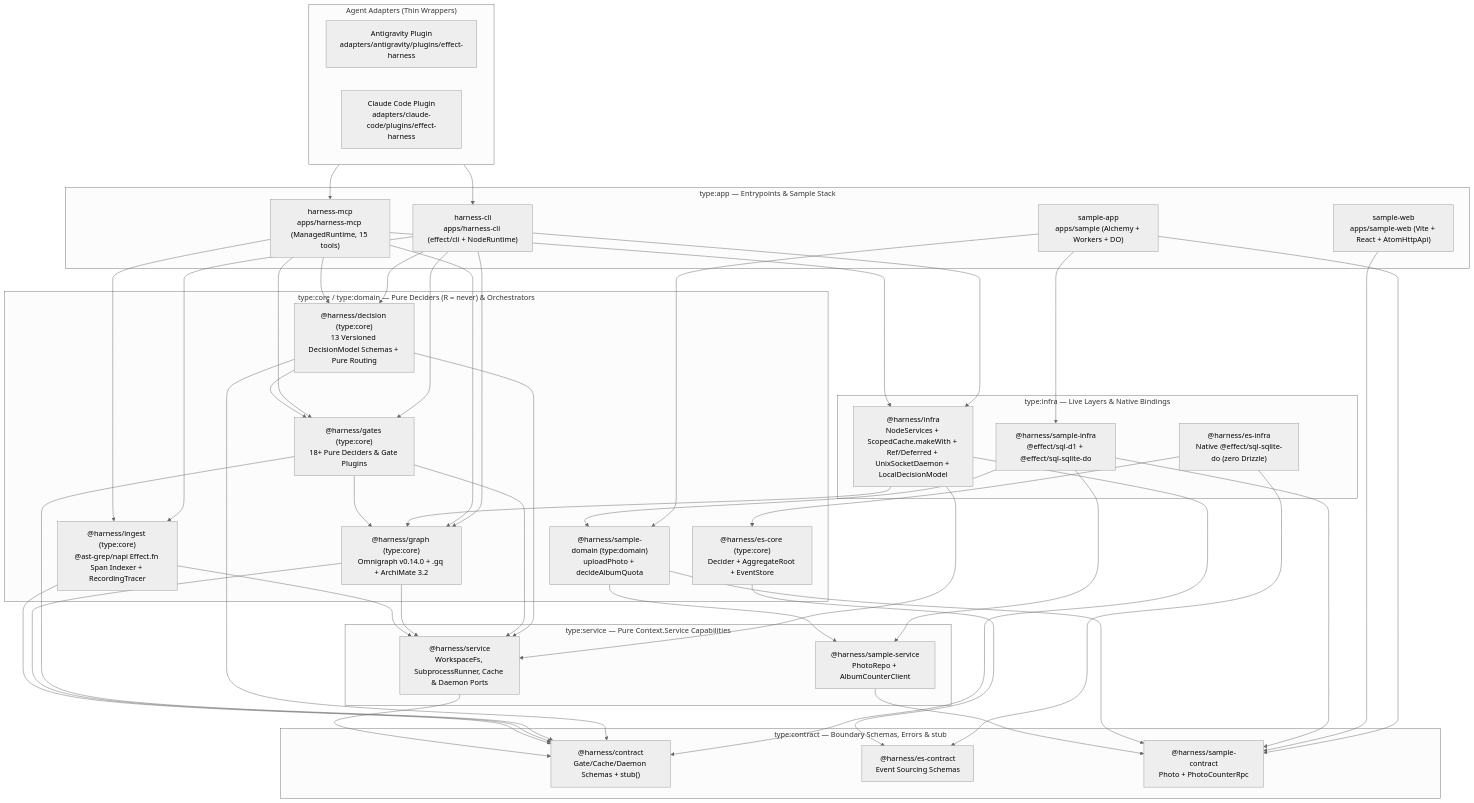
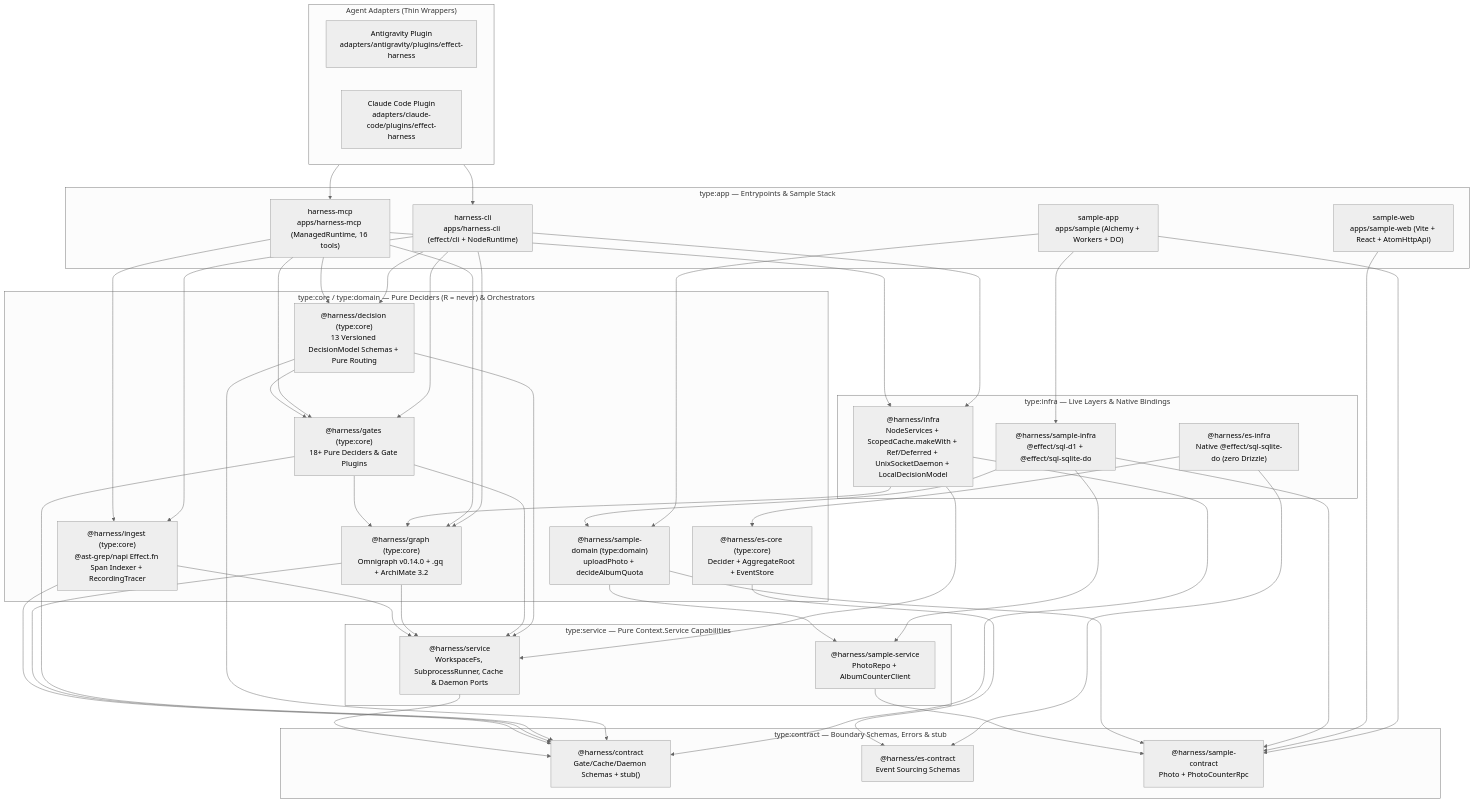
The first of 2 diagrams in README.md (selmeci/effect-ts-harness), drawn with Mermaid (neutral theme) before and after one commit. The commit also changed other lines of this file and 50 other files, not shown here.

````diff
--- a/README.md
+++ b/README.md
@@ -31,58 +31,58 @@
 ```mermaid
 flowchart TD
   subgraph Adapters["Agent Adapters (Thin Wrappers)"]
     AGY["Antigravity Plugin\nadapters/antigravity/plugins/effect-harness"]
     CC["Claude Code Plugin\nadapters/claude-code/plugins/effect-harness"]
   end
 
   subgraph Apps["type:app — Entrypoints & Sample Stack"]
     CLI["harness-cli\napps/harness-cli (effect/cli + NodeRuntime)"]
-    MCP["harness-mcp\napps/harness-mcp (ManagedRuntime, 15 tools)"]
+    MCP["harness-mcp\napps/harness-mcp (ManagedRuntime, 16 tools)"]
     SAMPLE["sample-app\napps/sample (Alchemy + Workers + DO)"]
     SAMPLE_WEB["sample-web\napps/sample-web (Vite + React + AtomHttpApi)"]
   end
 
   subgraph Infra["type:infra — Live Layers & Native Bindings"]
     HARNESS_INFRA["@harness/infra\nNodeServices + ScopedCache.makeWith + Ref/Deferred + UnixSocketDaemon + LocalDecisionModel"]
     ES_INFRA["@harness/es-infra\nNative @effect/sql-sqlite-do (zero Drizzle)"]
     SAMPLE_INFRA["@harness/sample-infra\n@effect/sql-d1 + @effect/sql-sqlite-do"]
   end
 
   subgraph CoreDomain["type:core / type:domain — Pure Deciders (R = never) & Orchestrators"]
     GATES["@harness/gates (type:core)\n18+ Pure Deciders & Gate Plugins"]
     GRAPH["@harness/graph (type:core)\nOmnigraph v0.14.0 + .gq + ArchiMate 3.2"]
     INGEST["@harness/ingest (type:core)\n@ast-grep/napi Effect.fn Span Indexer + RecordingTracer"]
     DECISION["@harness/decision (type:core)\n13 Versioned DecisionModel Schemas + Pure Routing"]
     ES_CORE["@harness/es-core (type:core)\nDecider + AggregateRoot + EventStore"]
     SAMPLE_DOM["@harness/sample-domain (type:domain)\nuploadPhoto + decideAlbumQuota"]
   end
 
   subgraph Services["type:service — Pure Context.Service Capabilities"]
     HARNESS_SVC["@harness/service\nWorkspaceFs, SubprocessRunner, Cache & Daemon Ports"]
     SAMPLE_SVC["@harness/sample-service\nPhotoRepo + AlbumCounterClient"]
   end
 
   subgraph Contracts["type:contract — Boundary Schemas, Errors & stub"]
     HARNESS_CON["@harness/contract\nGate/Cache/Daemon Schemas + stub<A,E,R>()"]
     ES_CON["@harness/es-contract\nEvent Sourcing Schemas"]
     SAMPLE_CON["@harness/sample-contract\nPhoto + PhotoCounterRpc"]
   end
 
   Adapters --> CLI
   Adapters --> MCP
   CLI --> HARNESS_INFRA & DECISION & GATES & GRAPH & INGEST
   MCP --> HARNESS_INFRA & DECISION & GATES & GRAPH & INGEST
   HARNESS_INFRA --> GRAPH & HARNESS_SVC & HARNESS_CON
   DECISION --> GATES & HARNESS_SVC & HARNESS_CON
   GATES --> GRAPH & HARNESS_SVC & HARNESS_CON
   GRAPH --> HARNESS_SVC & HARNESS_CON
   INGEST --> HARNESS_SVC & HARNESS_CON
   HARNESS_SVC --> HARNESS_CON
   SAMPLE --> SAMPLE_INFRA & SAMPLE_DOM & SAMPLE_CON
   SAMPLE_WEB --> SAMPLE_CON
   SAMPLE_INFRA --> SAMPLE_DOM & SAMPLE_SVC & SAMPLE_CON
   SAMPLE_DOM --> SAMPLE_SVC & SAMPLE_CON
   SAMPLE_SVC --> SAMPLE_CON
   ES_INFRA --> ES_CORE & ES_CON
   ES_CORE --> ES_CON
 ```
````
